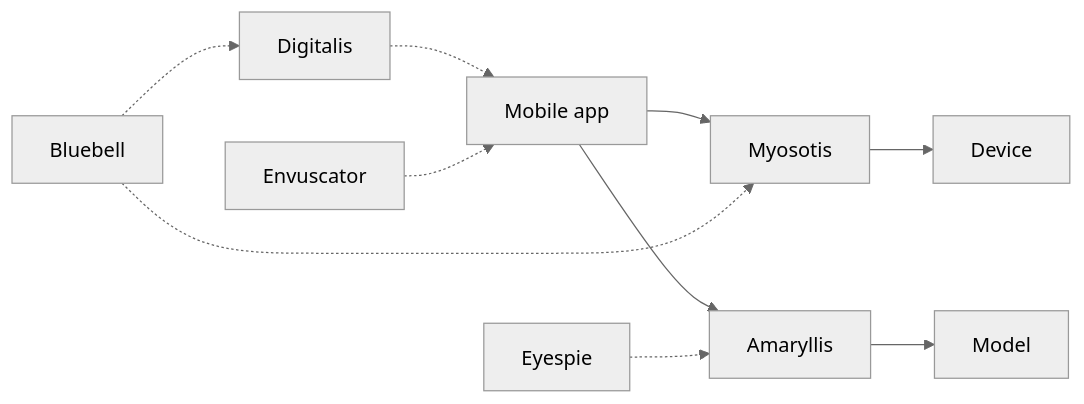
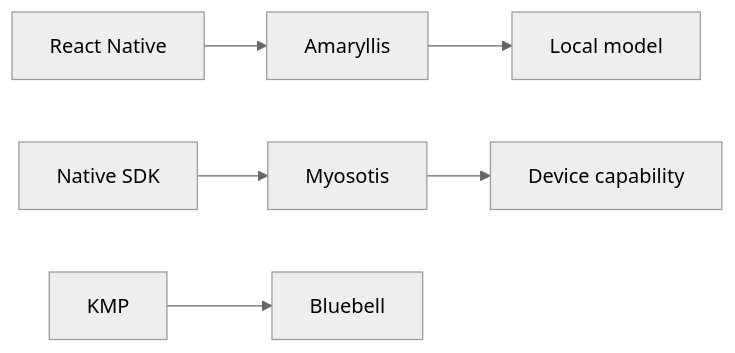
Before and after one commit to hackelia-micrantha/.github: the fourth of 8 diagrams in profile/README.md, drawn with Mermaid (neutral theme). The commit also changed other lines of this file, not shown here.

Commit message:
docs: clarify mobile streams and security boundaries

````diff
--- a/profile/README.md
+++ b/profile/README.md
@@ -136,12 +138,6 @@
 ```mermaid
 flowchart LR
-  APP["Mobile app"] --> MY["Myosotis"]
-  MY --> DEV["Device"]
-  APP --> AM["Amaryllis"]
-  AM --> MODEL["Model"]
-  DI["Digitalis"] -.-> APP
-  EN["Envuscator"] -.-> APP
-  BL["Bluebell"] -.-> MY
-  BL -.-> DI
-  EY["Eyespie"] -.-> AM
+  RN["React Native"] --> AM["Amaryllis"] --> LM["Local model"]
+  NA["Native SDK"] --> MY["Myosotis"] --> DEV["Device capability"]
+  KM["KMP"] --> BL["Bluebell"]
 ```
````
